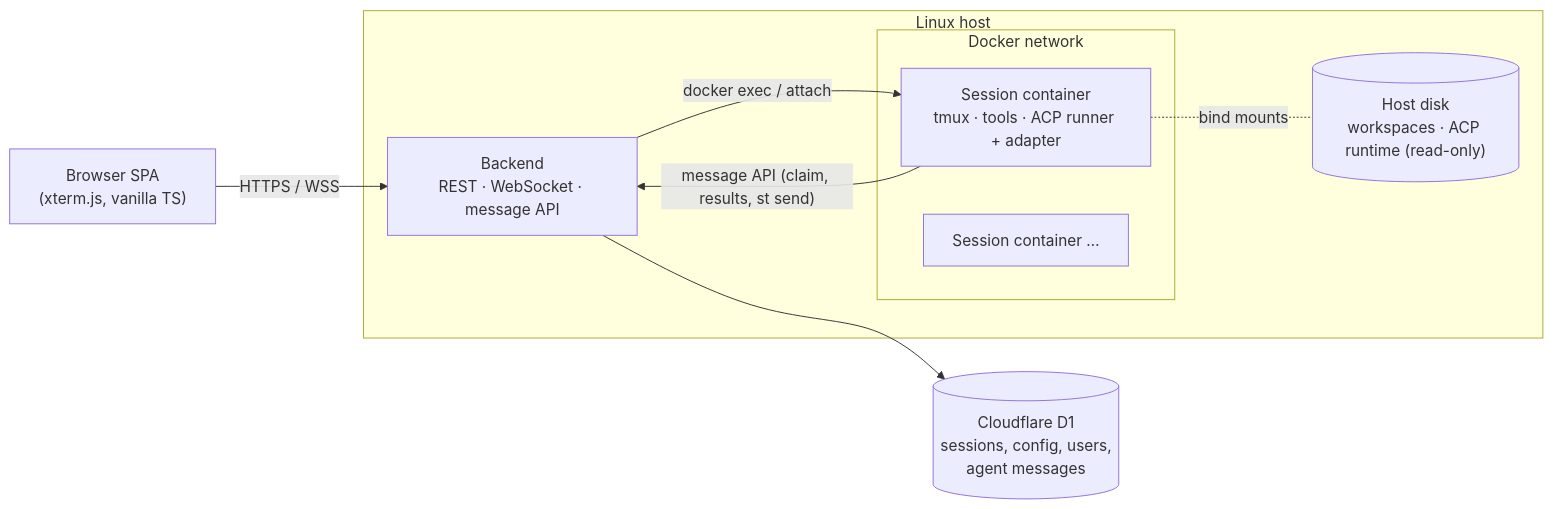
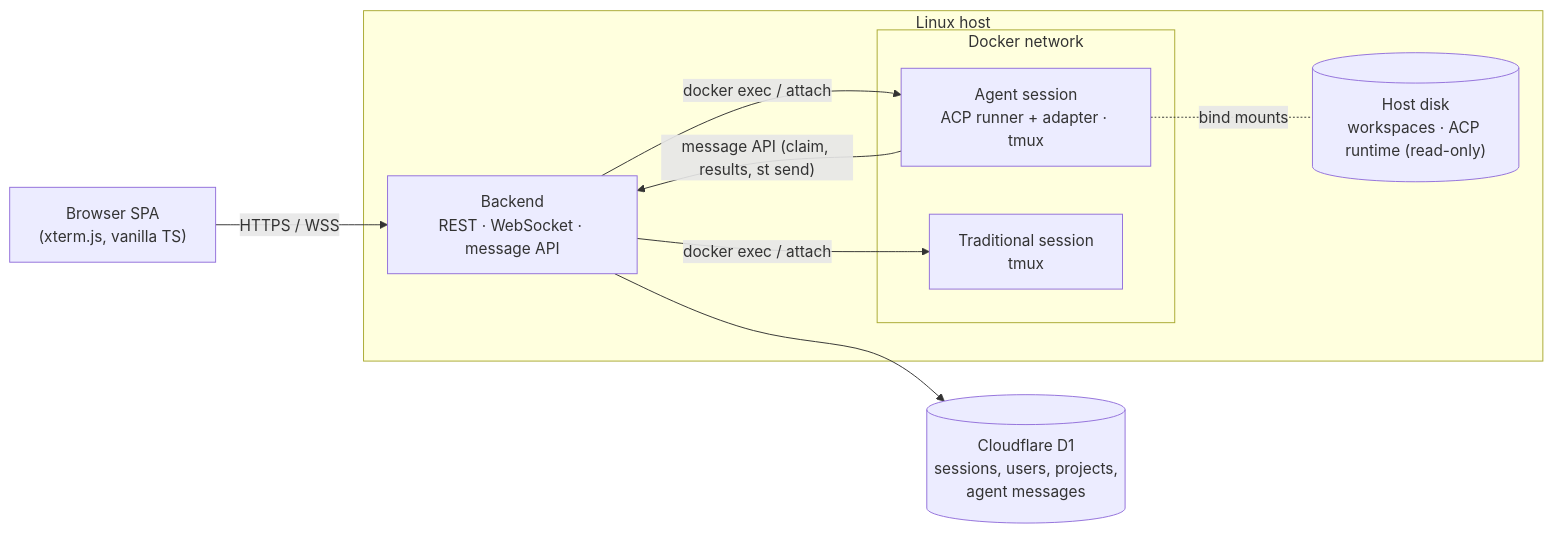
The diagram in README.md (gatof81/shared-terminal), drawn with Mermaid before and after one commit. The commit also changed other lines of this file and 8 other files, not shown here.

````diff
--- a/README.md
+++ b/README.md
@@ -137,17 +109,18 @@
 ```mermaid
 flowchart LR
   B["Browser SPA<br/>(xterm.js, vanilla TS)"] -- "HTTPS / WSS" --> BE
   subgraph Host["Linux host"]
     BE["Backend<br/>REST · WebSocket · message API"]
     FS[("Host disk<br/>workspaces · ACP runtime (read-only)")]
     subgraph NET["Docker network"]
-      C1["Session container<br/>tmux · tools · ACP runner + adapter"]
-      C2["Session container …"]
+      C1["Agent session<br/>ACP runner + adapter · tmux"]
+      C2["Traditional session<br/>tmux"]
     end
   end
-  D1[("Cloudflare D1<br/>sessions, config, users,<br/>agent messages")]
+  D1[("Cloudflare D1<br/>sessions, users, projects,<br/>agent messages")]
   BE -- "docker exec / attach" --> C1
+  BE -- "docker exec / attach" --> C2
   C1 -- "message API (claim, results, st send)" --> BE
   BE --> D1
   C1 -. "bind mounts" .- FS
 ```
````
